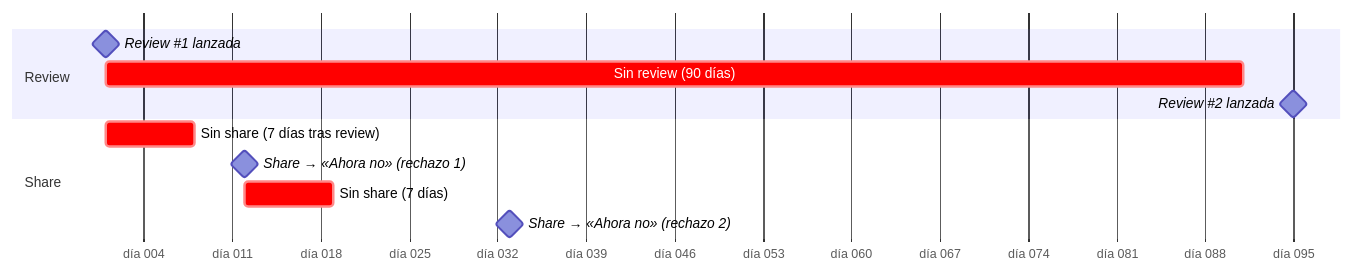
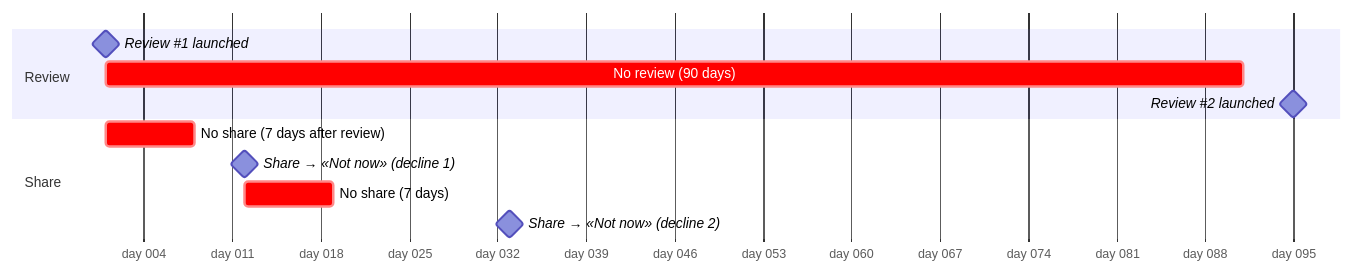
Before and after one commit to raxden/android-platform: the second of 5 diagrams in platform/engagement/README.md, drawn with Mermaid. The commit also changed other lines of this file, not shown here.

````diff
--- a/platform/engagement/README.md
+++ b/platform/engagement/README.md
@@ -91,14 +91,14 @@
 ```mermaid
 gantt
     dateFormat  YYYY-MM-DD
-    axisFormat  día %j
+    axisFormat  day %j
     section Review
-    Review #1 lanzada          :milestone, r1, 2026-01-01, 0d
-    Sin review (90 días)       :crit, 2026-01-01, 90d
-    Review #2 lanzada          :milestone, r2, 2026-04-05, 0d
+    Review #1 launched         :milestone, r1, 2026-01-01, 0d
+    No review (90 days)        :crit, 2026-01-01, 90d
+    Review #2 launched         :milestone, r2, 2026-04-05, 0d
     section Share
-    Sin share (7 días tras review) :crit, 2026-01-01, 7d
-    Share → «Ahora no» (rechazo 1) :milestone, s1, 2026-01-12, 0d
-    Sin share (7 días)          :crit, 2026-01-12, 7d
-    Share → «Ahora no» (rechazo 2) :milestone, s2, 2026-02-02, 0d
+    No share (7 days after review) :crit, 2026-01-01, 7d
+    Share → «Not now» (decline 1)  :milestone, s1, 2026-01-12, 0d
+    No share (7 days)              :crit, 2026-01-12, 7d
+    Share → «Not now» (decline 2)  :milestone, s2, 2026-02-02, 0d
 ```
````
